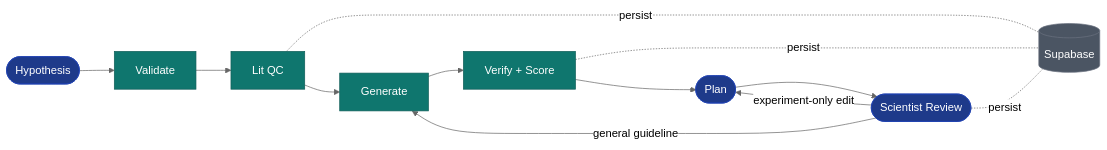
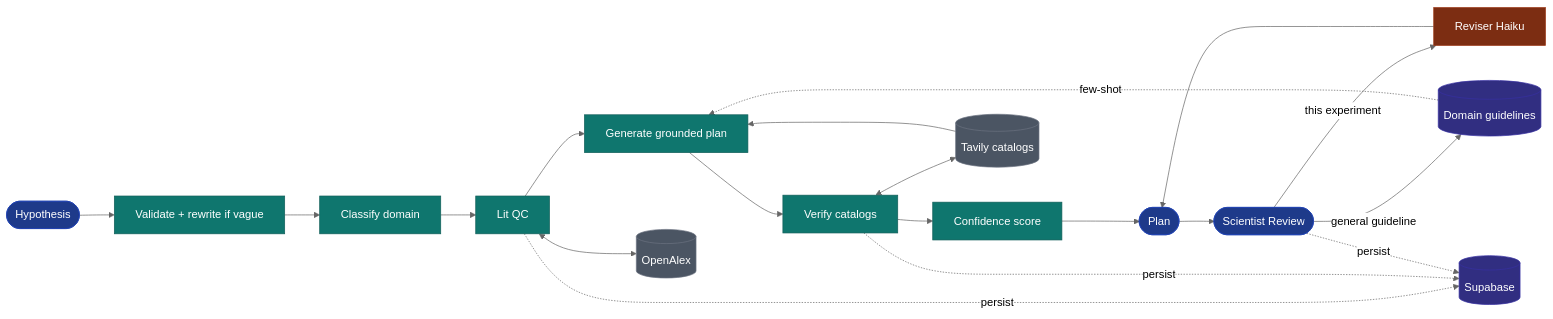
Before and after one commit to DocMorphic/aliquot: the diagram in docs/architecture-simple.mmd, drawn with Mermaid (neutral theme). The commit also changed 1 other file, not shown here.

Commit message:
v18.1: richer simplified flowchart (14 nodes) + matching 5-beat script

```diff
--- a/docs/architecture-simple.mmd
+++ b/docs/architecture-simple.mmd
@@ -1,23 +1,38 @@
 flowchart LR
 
     classDef ui fill:#1e3a8a,stroke:#1e40af,color:#fff
     classDef phase fill:#0f766e,stroke:#115e59,color:#fff
-    classDef store fill:#4b5563,stroke:#6b7280,color:#fff
+    classDef ai fill:#7c2d12,stroke:#9a3412,color:#fff
+    classDef ext fill:#4b5563,stroke:#6b7280,color:#fff
+    classDef store fill:#312e81,stroke:#3730a3,color:#fff
 
     User([Hypothesis]):::ui
-    Validate[Validate]:::phase
+    Validate[Validate + rewrite if vague]:::phase
+    Classify[Classify domain]:::phase
     LitQC[Lit QC]:::phase
-    Generate[Generate]:::phase
-    Verify[Verify + Score]:::phase
+    Generate[Generate grounded plan]:::phase
+    Verify[Verify catalogs]:::phase
+    Confidence[Confidence score]:::phase
     Plan([Plan]):::ui
     Review([Scientist Review]):::ui
+    Reviser[Reviser Haiku]:::ai
+    Guidelines[(Domain guidelines)]:::store
+    OpenAlex[(OpenAlex)]:::ext
+    Tavily[(Tavily catalogs)]:::ext
     DB[(Supabase)]:::store
 
-    User --> Validate --> LitQC --> Generate --> Verify --> Plan
+    User --> Validate --> Classify --> LitQC
+    LitQC <--> OpenAlex
+    LitQC --> Generate
+    Tavily --> Generate
+    Guidelines -. few-shot .-> Generate
+    Generate --> Verify
+    Verify <--> Tavily
+    Verify --> Confidence --> Plan
     Plan --> Review
-    Review -- experiment-only edit --> Plan
-    Review -- general guideline --> Generate
+    Review -- this experiment --> Reviser --> Plan
+    Review -- general guideline --> Guidelines
 
-    LitQC -.persist.- DB
-    Verify -.persist.- DB
-    Review -.persist.- DB
+    LitQC -. persist .-> DB
+    Verify -. persist .-> DB
+    Review -. persist .-> DB
```
